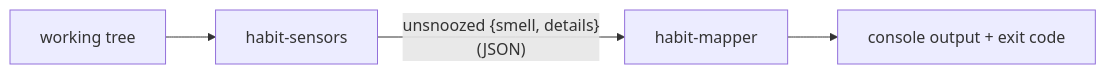
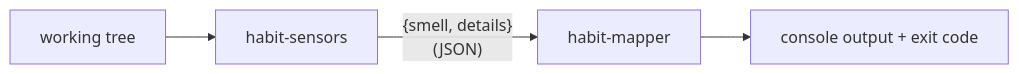
Before and after one commit to devill/habit-hooks-ts: the diagram in docs/architecture.md, drawn with Mermaid. The commit also changed other lines of this file, not shown here.

First line of the commit message:
simplified: correct habit-mapper description in architecture.md

````diff
--- a/docs/architecture.md
+++ b/docs/architecture.md
@@ -16,6 +16,6 @@
 ```mermaid
 graph LR
     files["working tree"] --> sensors["habit-sensors"]
-    sensors -->|"unsnoozed {smell, details}\n(JSON)"| mapper["habit-mapper"]
+    sensors -->|"{smell, details}\n(JSON)"| mapper["habit-mapper"]
     mapper --> out["console output + exit code"]
 ```
````
